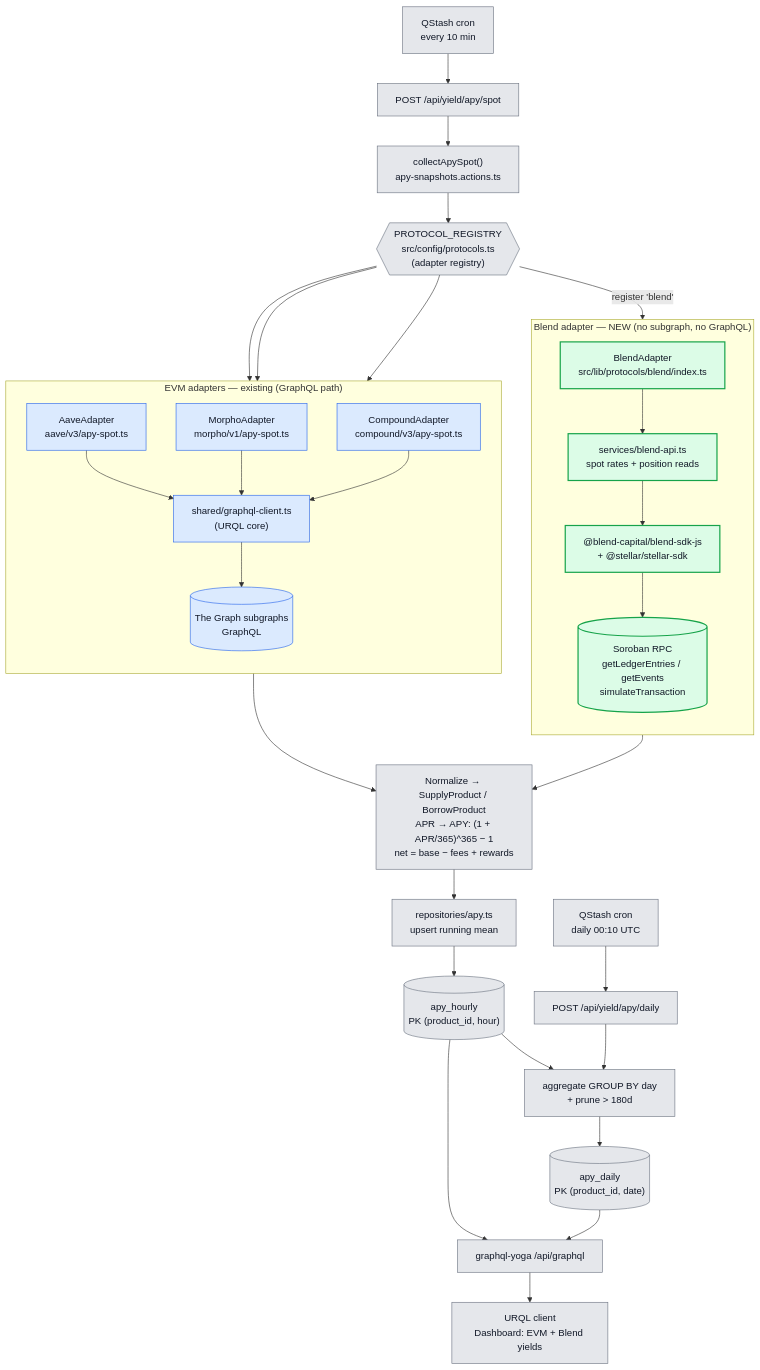
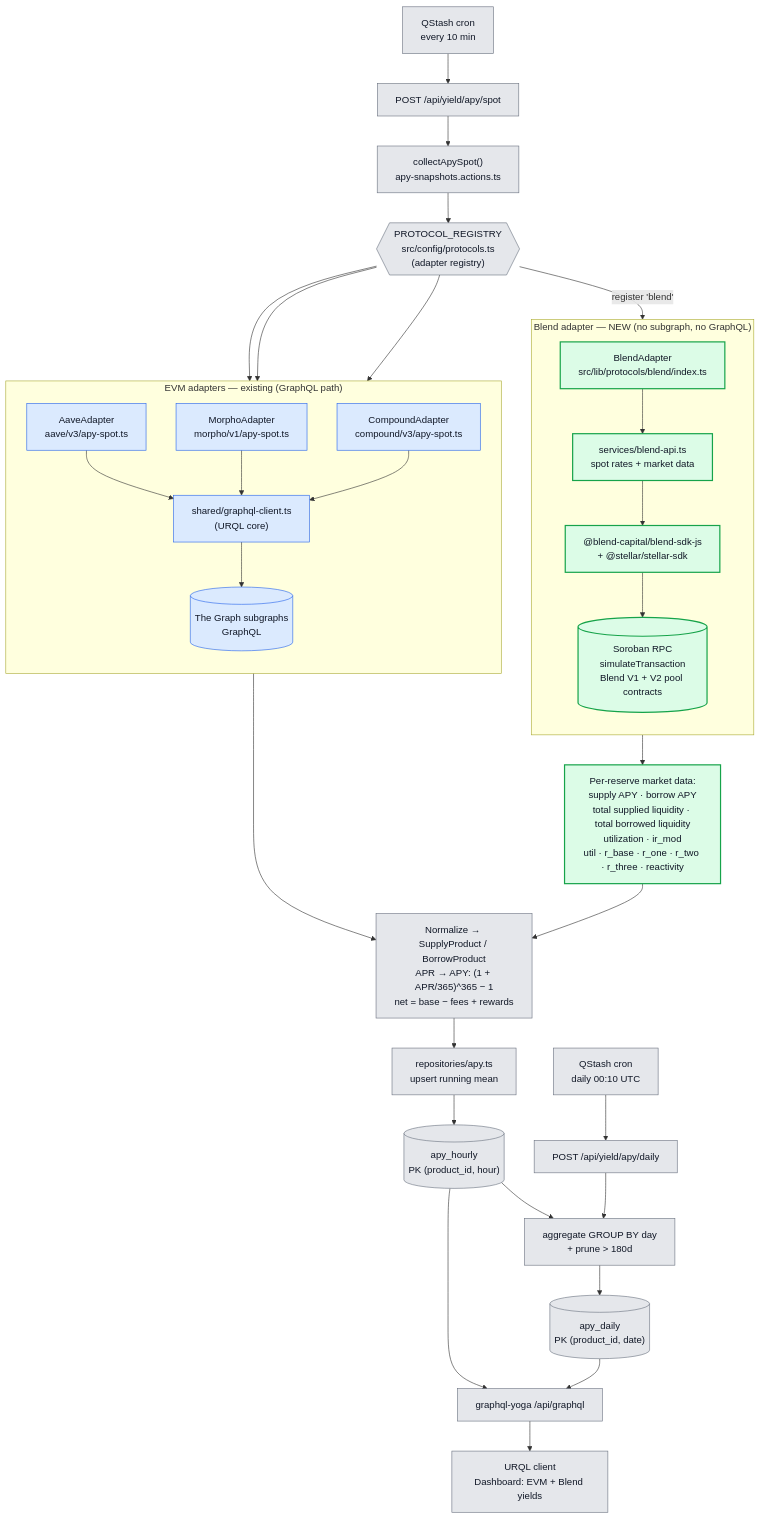
One commit to cedricmagne/lendwise changed the first of 6 diagrams in docs/architecture-stellar-integration.md. Above: the diagram before and after it, drawn with Mermaid. The commit also changed other lines of this file and 1 other file, not shown here.

Commit message:
chore: update architecture stellar & bland diagram

````diff
--- a/docs/architecture-stellar-integration.md
+++ b/docs/architecture-stellar-integration.md
@@ -22,64 +26,66 @@
 ```mermaid
 flowchart TD
     %% ---------- Triggers ----------
     Cron["QStash cron<br/>every 10 min"] --> SpotRoute["POST /api/yield/apy/spot"]
     SpotRoute --> Collect["collectApySpot()<br/>apy-snapshots.actions.ts"]
 
     %% ---------- Registry ----------
     Collect --> Registry{{"PROTOCOL_REGISTRY<br/>src/config/protocols.ts<br/>(adapter registry)"}}
 
     %% ---------- EVM adapters (existing, GraphQL path) ----------
     subgraph EVM["EVM adapters — existing (GraphQL path)"]
         direction TB
         Aave["AaveAdapter<br/>aave/v3/apy-spot.ts"]
         Morpho["MorphoAdapter<br/>morpho/v1/apy-spot.ts"]
         Compound["CompoundAdapter<br/>compound/v3/apy-spot.ts"]
         GqlClient["shared/graphql-client.ts<br/>(URQL core)"]
         TheGraph[("The Graph subgraphs<br/>GraphQL")]
         Aave --> GqlClient
         Morpho --> GqlClient
         Compound --> GqlClient
         GqlClient --> TheGraph
     end
 
     %% ---------- Blend adapter (NEW, non-GraphQL path) ----------
     subgraph STELLAR["Blend adapter — NEW (no subgraph, no GraphQL)"]
         direction TB
         BlendAdapter["BlendAdapter<br/>src/lib/protocols/blend/index.ts"]
-        BlendSvc["services/blend-api.ts<br/>spot rates + position reads"]
+        BlendSvc["services/blend-api.ts<br/>spot rates + market data"]
         BlendSDK["@blend-capital/blend-sdk-js<br/>+ @stellar/stellar-sdk"]
-        SorobanRPC[("Soroban RPC<br/>getLedgerEntries / getEvents<br/>simulateTransaction")]
+        SorobanRPC[("Soroban RPC<br/>simulateTransaction<br/>Blend V1 + V2 pool contracts")]
         BlendAdapter --> BlendSvc --> BlendSDK --> SorobanRPC
     end
 
     Registry --> Aave
     Registry --> Morpho
     Registry --> Compound
     Registry -->|"register 'blend'"| BlendAdapter
 
+    SorobanRPC --> BlendFields["Per-reserve market data:<br/>supply APY · borrow APY<br/>total supplied liquidity · total borrowed liquidity<br/>utilization · ir_mod<br/>util · r_base · r_one · r_two · r_three · reactivity"]
+
     %% ---------- Normalization (shared, unchanged) ----------
     TheGraph --> Normalize["Normalize → SupplyProduct / BorrowProduct<br/>APR → APY: (1 + APR/365)^365 − 1<br/>net = base − fees + rewards"]
-    SorobanRPC --> Normalize
+    BlendFields --> Normalize
 
     %% ---------- Persistence (shared, unchanged) ----------
     Normalize --> ApyRepo["repositories/apy.ts<br/>upsert running mean"]
     ApyRepo --> Hourly[("apy_hourly<br/>PK (product_id, hour)")]
 
     DailyCron["QStash cron<br/>daily 00:10 UTC"] --> DailyRoute["POST /api/yield/apy/daily"]
     DailyRoute --> Aggregate["aggregate GROUP BY day<br/>+ prune > 180d"]
     Hourly --> Aggregate --> Daily[("apy_daily<br/>PK (product_id, date)")]
 
     %% ---------- Serving (shared, unchanged) ----------
     Hourly --> GraphQLServer["graphql-yoga /api/graphql"]
     Daily --> GraphQLServer
     GraphQLServer --> UI["URQL client<br/>Dashboard: EVM + Blend yields"]
 
     %% ---------- Styles ----------
     classDef core fill:#e5e7eb,stroke:#6b7280,color:#111827;
     classDef evm fill:#dbeafe,stroke:#2563eb,color:#111827;
     classDef stellar fill:#dcfce7,stroke:#16a34a,color:#111827,stroke-width:2px;
 
     class Cron,SpotRoute,Collect,Registry,Normalize,ApyRepo,Hourly,DailyCron,DailyRoute,Aggregate,Daily,GraphQLServer,UI core;
     class Aave,Morpho,Compound,GqlClient,TheGraph evm;
-    class BlendAdapter,BlendSvc,BlendSDK,SorobanRPC stellar;
+    class BlendAdapter,BlendSvc,BlendSDK,SorobanRPC,BlendFields stellar;
 ```
````
